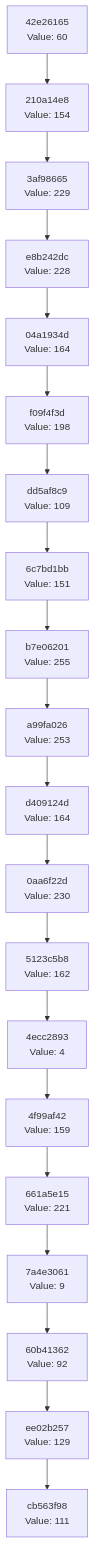
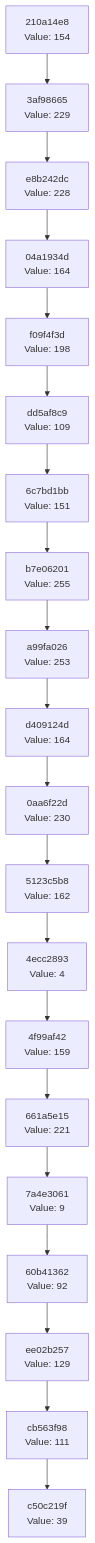
One commit to Abhisheksinha1506/hash-chain-evolver changed the diagram in docs/CHAIN_VISUALIZATION.md. Above: the diagram before and after it, drawn with Mermaid. The commit also changed 1 other file, not shown here.

Commit message:
Evolution Step

````diff
--- a/docs/CHAIN_VISUALIZATION.md
+++ b/docs/CHAIN_VISUALIZATION.md
@@ -3,42 +3,42 @@
 ```mermaid
 graph TD
-    C0["cb563f98<br/>Value: 111"]
-    C1["ee02b257<br/>Value: 129"]
+    C0["c50c219f<br/>Value: 39"]
+    C1["cb563f98<br/>Value: 111"]
     C1 --> C0
-    C2["60b41362<br/>Value: 92"]
+    C2["ee02b257<br/>Value: 129"]
     C2 --> C1
-    C3["7a4e3061<br/>Value: 9"]
+    C3["60b41362<br/>Value: 92"]
     C3 --> C2
-    C4["661a5e15<br/>Value: 221"]
+    C4["7a4e3061<br/>Value: 9"]
     C4 --> C3
-    C5["4f99af42<br/>Value: 159"]
+    C5["661a5e15<br/>Value: 221"]
     C5 --> C4
-    C6["4ecc2893<br/>Value: 4"]
+    C6["4f99af42<br/>Value: 159"]
     C6 --> C5
-    C7["5123c5b8<br/>Value: 162"]
+    C7["4ecc2893<br/>Value: 4"]
     C7 --> C6
-    C8["0aa6f22d<br/>Value: 230"]
+    C8["5123c5b8<br/>Value: 162"]
     C8 --> C7
-    C9["d409124d<br/>Value: 164"]
+    C9["0aa6f22d<br/>Value: 230"]
     C9 --> C8
-    C10["a99fa026<br/>Value: 253"]
+    C10["d409124d<br/>Value: 164"]
     C10 --> C9
-    C11["b7e06201<br/>Value: 255"]
+    C11["a99fa026<br/>Value: 253"]
     C11 --> C10
-    C12["6c7bd1bb<br/>Value: 151"]
+    C12["b7e06201<br/>Value: 255"]
     C12 --> C11
-    C13["dd5af8c9<br/>Value: 109"]
+    C13["6c7bd1bb<br/>Value: 151"]
     C13 --> C12
-    C14["f09f4f3d<br/>Value: 198"]
+    C14["dd5af8c9<br/>Value: 109"]
     C14 --> C13
-    C15["04a1934d<br/>Value: 164"]
+    C15["f09f4f3d<br/>Value: 198"]
     C15 --> C14
-    C16["e8b242dc<br/>Value: 228"]
+    C16["04a1934d<br/>Value: 164"]
     C16 --> C15
-    C17["3af98665<br/>Value: 229"]
+    C17["e8b242dc<br/>Value: 228"]
     C17 --> C16
-    C18["210a14e8<br/>Value: 154"]
+    C18["3af98665<br/>Value: 229"]
     C18 --> C17
-    C19["42e26165<br/>Value: 60"]
+    C19["210a14e8<br/>Value: 154"]
     C19 --> C18
 ```
````
